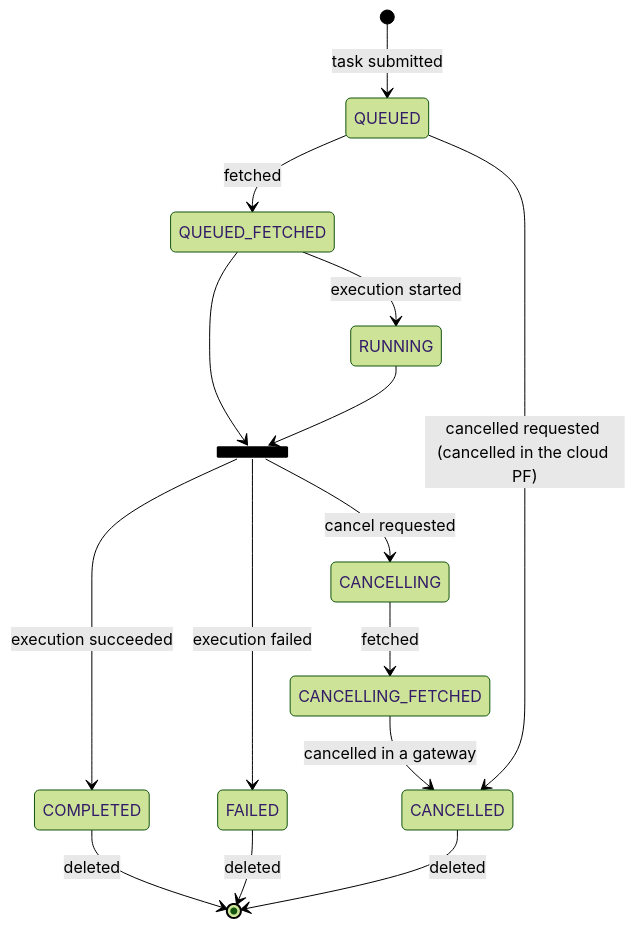
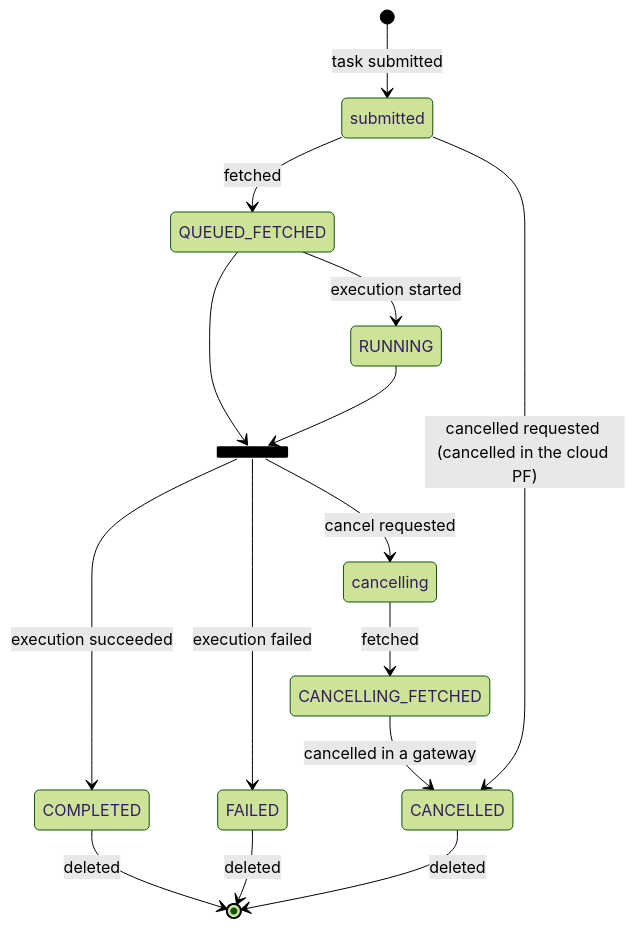
The diagram in docs/en/architecture/task_state_transition_diagram.md (oqtopus-team/oqtopus-cloud), drawn with Mermaid (forest theme) before and after one commit. The commit also changed 38 other files, not shown here.

````diff
--- a/docs/en/architecture/task_state_transition_diagram.md
+++ b/docs/en/architecture/task_state_transition_diagram.md
@@ -6,23 +6,23 @@
 ```mermaid
 stateDiagram-v2
-  [*] --> QUEUED :task submitted
+  [*] --> submitted :task submitted
 
-  QUEUED --> QUEUED_FETCHED :fetched
+  submitted --> QUEUED_FETCHED :fetched
   QUEUED_FETCHED --> RUNNING :execution started
   
   state join_state <<join>>
   QUEUED_FETCHED --> join_state
   RUNNING --> join_state
   
   state join_state <<fork>>
   join_state --> COMPLETED :execution succeeded
   join_state --> FAILED :execution failed
-  join_state --> CANCELLING :cancel requested
+  join_state --> cancelling :cancel requested
   
   COMPLETED --> [*] :deleted
   FAILED --> [*] :deleted
-  CANCELLING --> CANCELLING_FETCHED :fetched
+  cancelling --> CANCELLING_FETCHED :fetched
   CANCELLING_FETCHED --> CANCELLED :cancelled in a gateway
-  QUEUED --> CANCELLED :cancelled requested (cancelled in the cloud PF)
+  submitted --> CANCELLED :cancelled requested (cancelled in the cloud PF)
   CANCELLED --> [*] :deleted
 ```
````
